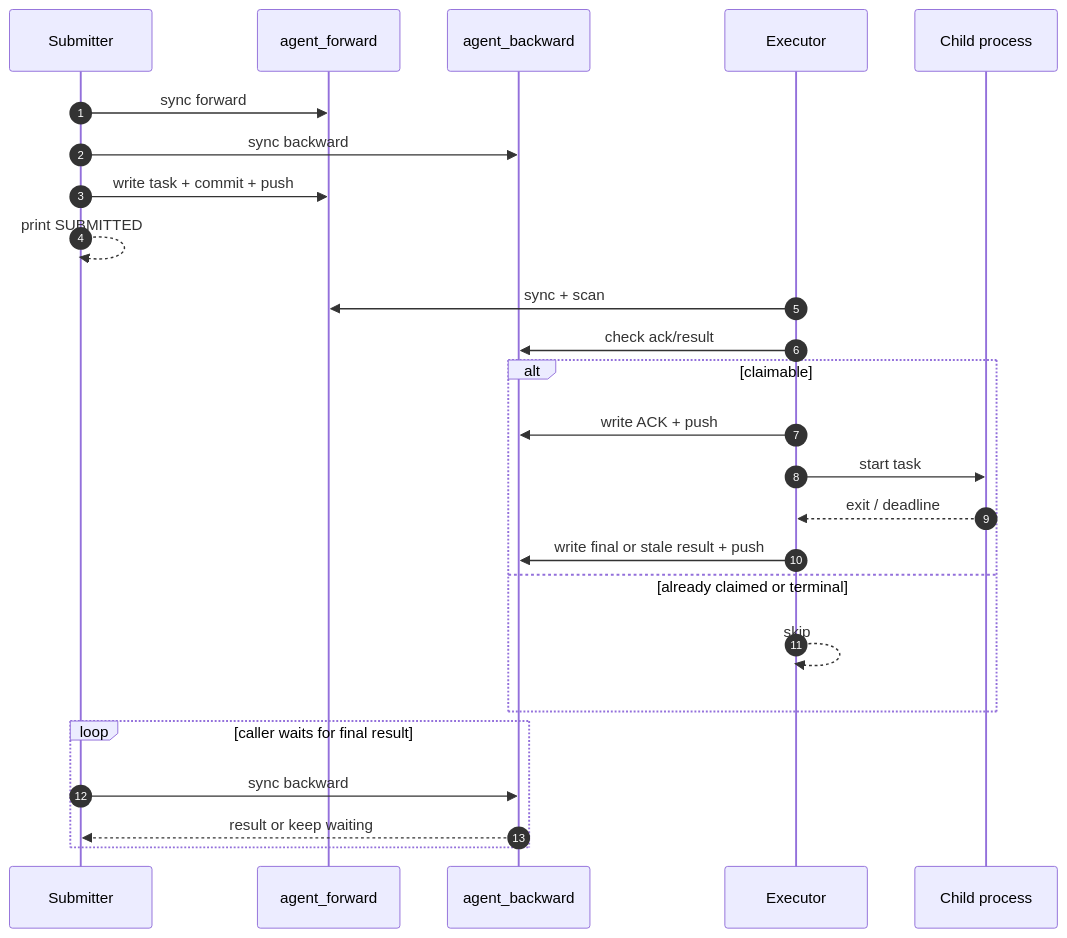
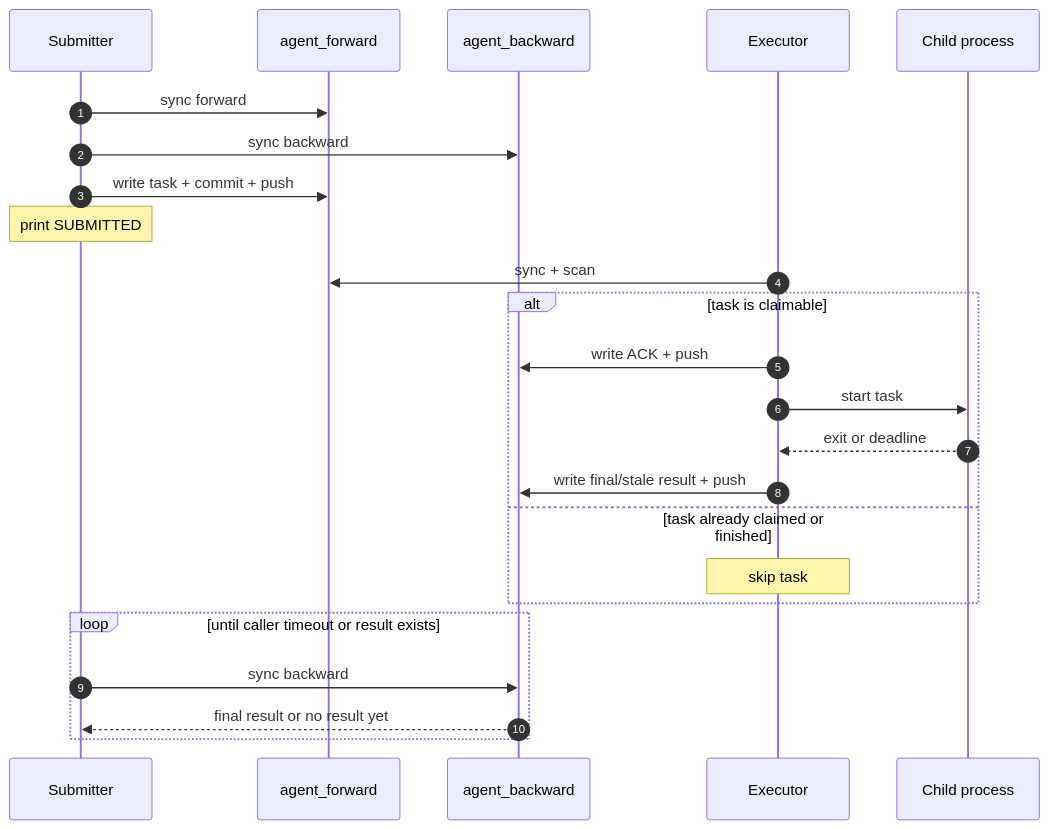
One commit to hyjack-00/AgentExecTunnel changed the first of 3 diagrams in DESIGN.md. Above: the diagram before and after it, drawn with Mermaid. The commit also changed other lines of this file, not shown here.

````diff
--- a/DESIGN.md
+++ b/DESIGN.md
@@ -118,30 +190,29 @@
 ```mermaid
 sequenceDiagram
     autonumber
     participant S as Submitter
     participant F as agent_forward
     participant B as agent_backward
     participant E as Executor
     participant P as Child process
 
     S->>F: sync forward
     S->>B: sync backward
     S->>F: write task + commit + push
-    S-->>S: print SUBMITTED
+    Note over S: print SUBMITTED
 
     E->>F: sync + scan
-    E->>B: check ack/result
-    alt claimable
+    alt task is claimable
         E->>B: write ACK + push
         E->>P: start task
-        P-->>E: exit / deadline
-        E->>B: write final or stale result + push
-    else already claimed or terminal
-        E-->>E: skip
+        P-->>E: exit or deadline
+        E->>B: write final/stale result + push
+    else task already claimed or finished
+        Note over E: skip task
     end
 
-    loop caller waits for final result
+    loop until caller timeout or result exists
         S->>B: sync backward
-        B-->>S: result or keep waiting
+        B-->>S: final result or no result yet
     end
 ```
````
